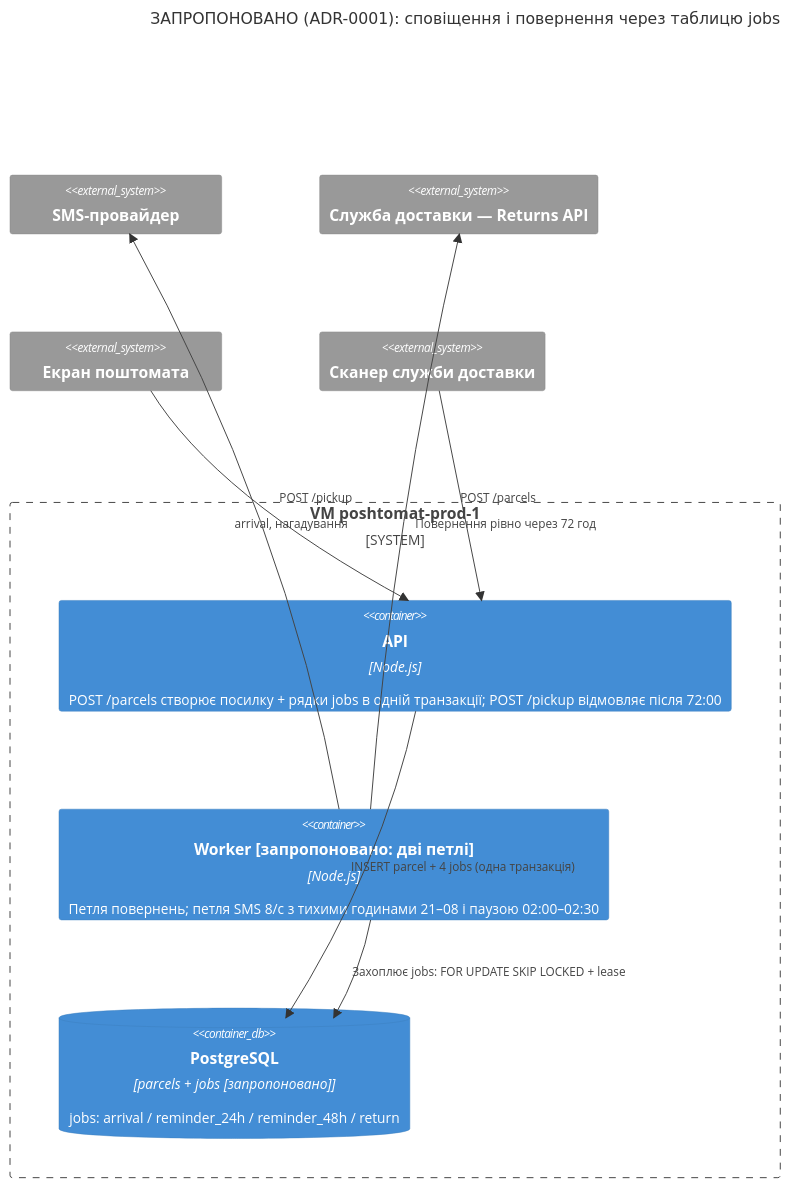
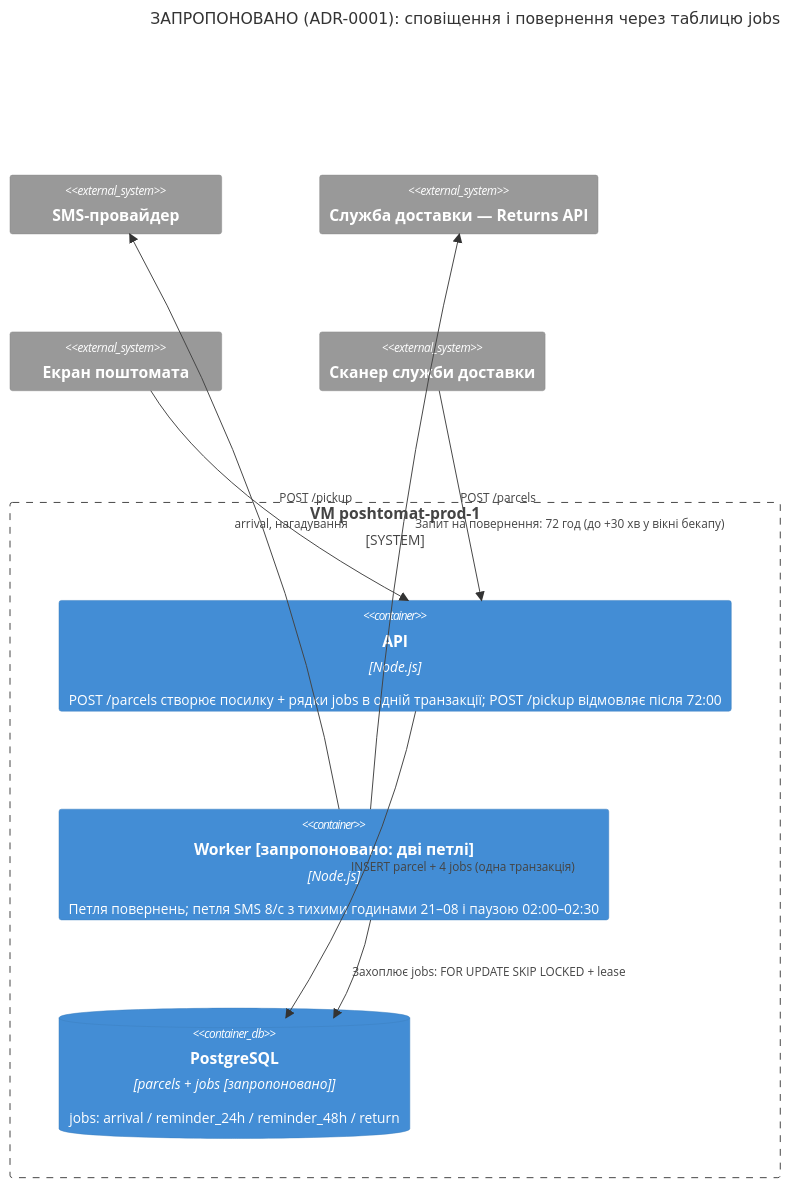
Before and after one commit to koldovsky/2026-udc-11-architecture-devops-hw: the third of 3 diagrams in docs/architecture.md, drawn with Mermaid. The commit also changed other lines of this file and 1 other file, not shown here.

Commit message:
WS11: CodeRabbit follow-up on Task B and C checks
- architecture: proposed return arrow states the backup-window exception (ADR p.6)
- rca: full error_rate commands for evidence 8, reproducible commands for every
  sender.trim claim, 429-minutes on 14.10 is 94 (not 95)

````diff
--- a/docs/architecture.md
+++ b/docs/architecture.md
@@ -112,19 +112,19 @@
 ```mermaid
 C4Container
   title ЗАПРОПОНОВАНО (ADR-0001): сповіщення і повернення через таблицю jobs
   System_Ext(sms, "SMS-провайдер")
   System_Ext(courier, "Служба доставки — Returns API")
   System_Ext(locker, "Екран поштомата")
   System_Ext(scanner, "Сканер служби доставки")
   System_Boundary(vm, "VM poshtomat-prod-1") {
     Container(api, "API", "Node.js", "POST /parcels створює посилку + рядки jobs в одній транзакції; POST /pickup відмовляє після 72:00")
     Container(worker, "Worker [запропоновано: дві петлі]", "Node.js", "Петля повернень; петля SMS 8/с з тихими годинами 21–08 і паузою 02:00–02:30")
     ContainerDb(db, "PostgreSQL", "parcels + jobs [запропоновано]", "jobs: arrival / reminder_24h / reminder_48h / return")
   }
   Rel(scanner, api, "POST /parcels")
   Rel(locker, api, "POST /pickup")
   Rel(api, db, "INSERT parcel + 4 jobs (одна транзакція)")
   Rel(worker, db, "Захоплює jobs: FOR UPDATE SKIP LOCKED + lease")
   Rel(worker, sms, "arrival, нагадування")
-  Rel(worker, courier, "Повернення рівно через 72 год")
+  Rel(worker, courier, "Запит на повернення: 72 год (до +30 хв у вікні бекапу)")
 ```
````
